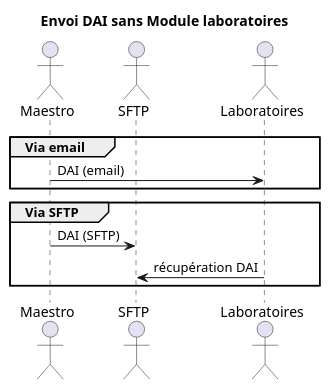
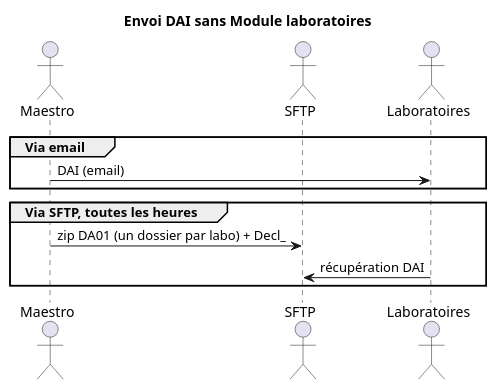
The diagram in docs/dai-flow.puml (betagouv/maestro), drawn with PlantUML before and after one commit. The commit also changed 73 other files, not shown here.

```diff
--- a/docs/dai-flow.puml
+++ b/docs/dai-flow.puml
@@ -1,17 +1,17 @@
 @startuml
 title Envoi DAI sans Module laboratoires
 
 actor Maestro
 actor "SFTP" as SFTP
 actor Laboratoires order 10
 
 group Via email
   Maestro -> Laboratoires : DAI (email)
 end
 
-group Via SFTP
-  Maestro -> SFTP : DAI (SFTP)
+group Via SFTP, toutes les heures
+  Maestro -> SFTP : zip DA01 (un dossier par labo) + Decl_
   Laboratoires -> SFTP : récupération DAI
 end
 
 @enduml
```
